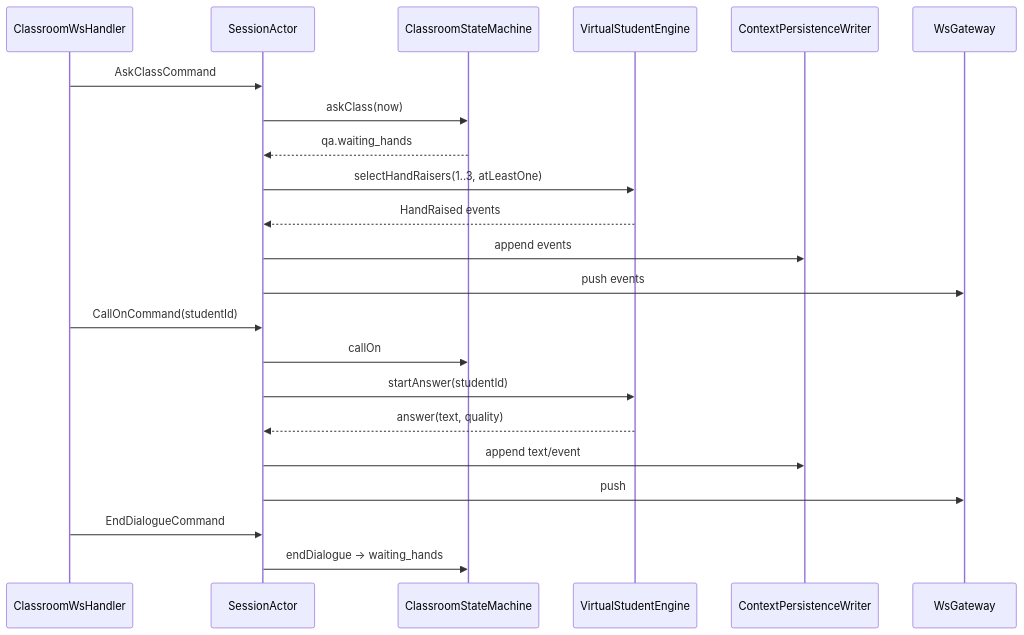
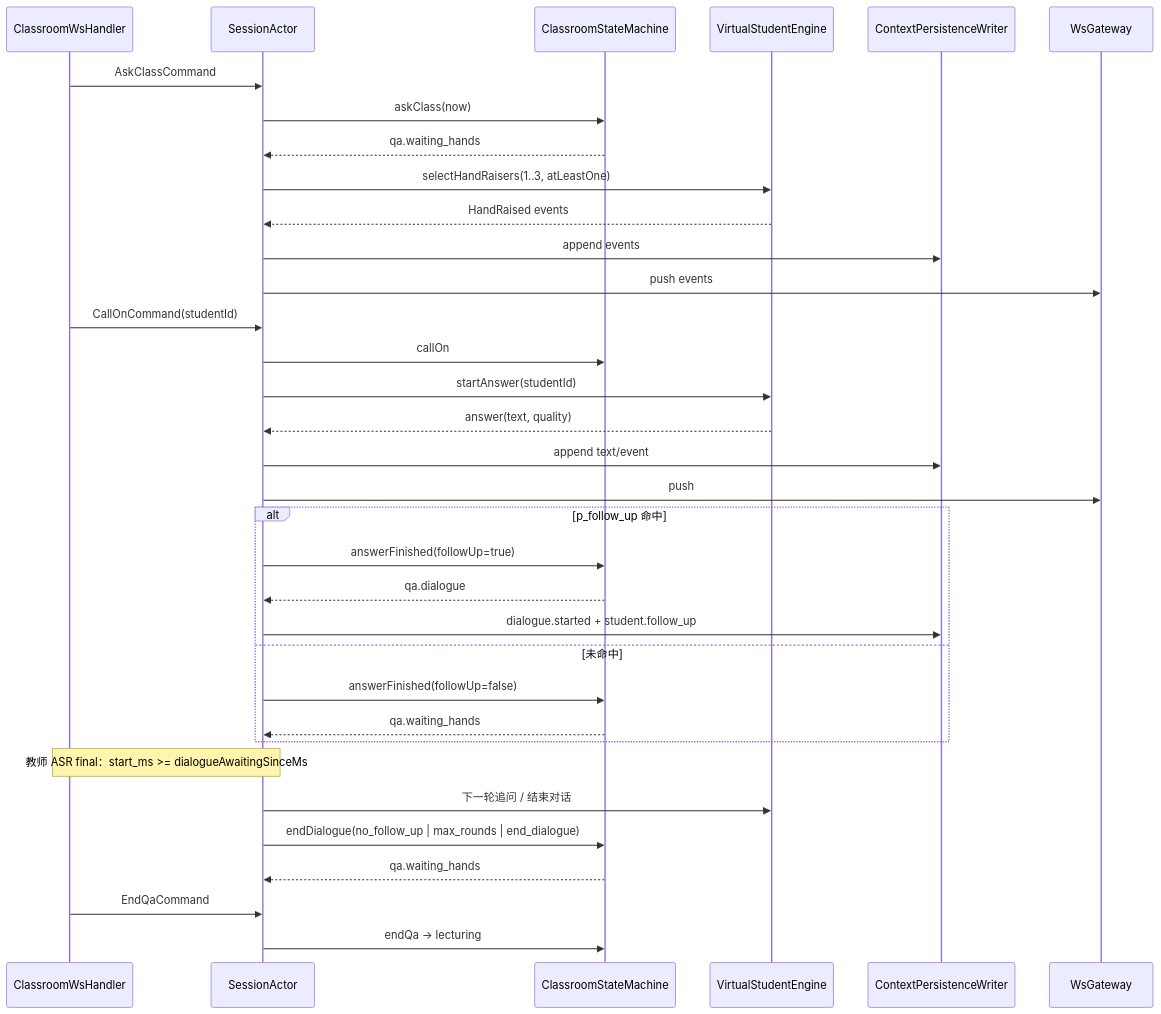
Before and after one commit to Savior-R/reGroupprojectV1: the third of 6 diagrams in docs/implementation/04-M3-实现设计.md, drawn with Mermaid. The commit also changed other lines of this file and 5 other files, not shown here.

````diff
--- a/docs/implementation/04-M3-实现设计.md
+++ b/docs/implementation/04-M3-实现设计.md
@@ -337,24 +377,36 @@
 ```mermaid
 sequenceDiagram
   participant C as ClassroomWsHandler
   participant A as SessionActor
   participant S as ClassroomStateMachine
   participant V as VirtualStudentEngine
   participant P as ContextPersistenceWriter
   participant W as WsGateway
   C->>A: AskClassCommand
   A->>S: askClass(now)
   S-->>A: qa.waiting_hands
   A->>V: selectHandRaisers(1..3, atLeastOne)
   V-->>A: HandRaised events
   A->>P: append events
   A->>W: push events
   C->>A: CallOnCommand(studentId)
   A->>S: callOn
   A->>V: startAnswer(studentId)
   V-->>A: answer(text, quality)
   A->>P: append text/event
   A->>W: push
-  C->>A: EndDialogueCommand
-  A->>S: endDialogue -> waiting_hands
+  alt p_follow_up 命中
+    A->>S: answerFinished(followUp=true)
+    S-->>A: qa.dialogue
+    A->>P: dialogue.started + student.follow_up
+  else 未命中
+    A->>S: answerFinished(followUp=false)
+    S-->>A: qa.waiting_hands
+  end
+  Note over C,A: 教师 ASR final：start_ms >= dialogueAwaitingSinceMs
+  A->>V: 下一轮追问 / 结束对话
+  A->>S: endDialogue(no_follow_up | max_rounds | end_dialogue)
+  S-->>A: qa.waiting_hands
+  C->>A: EndQaCommand
+  A->>S: endQa -> lecturing
 ```
````
